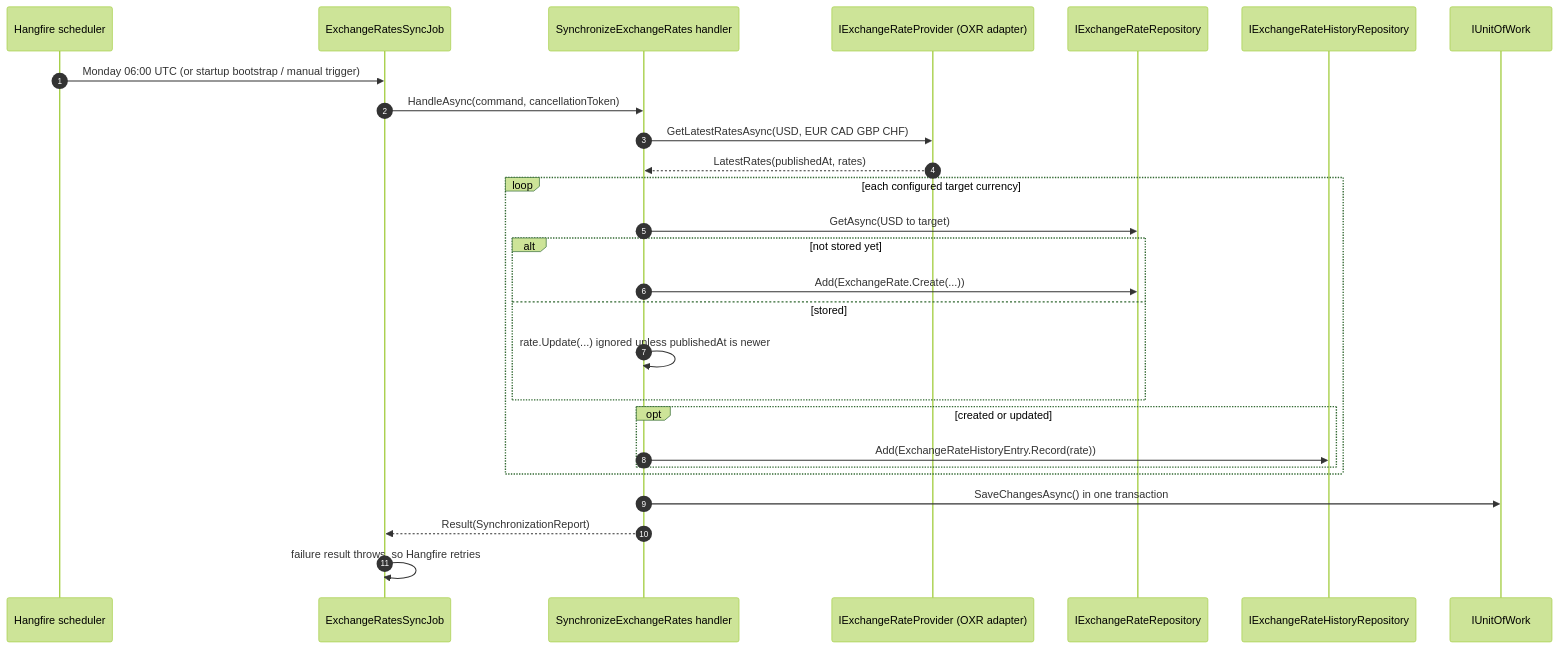
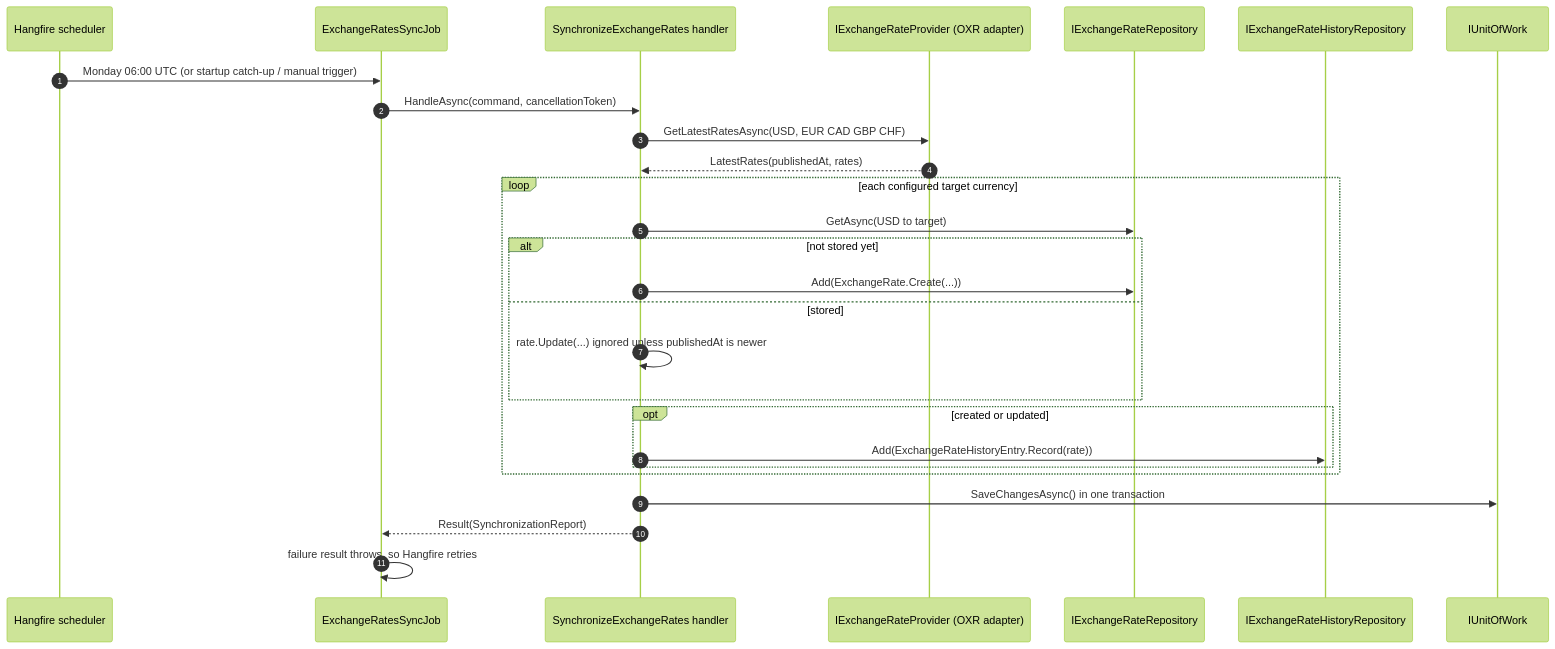
The second of 3 diagrams in docs/specs/2026-10-26-exchange-rates-catalog-design.md (RochaGabriele/software-engeneering-assessement), drawn with Mermaid (forest theme) before and after one commit. The commit also changed other lines of this file and 10 other files, not shown here.

````diff
--- a/docs/specs/2026-10-26-exchange-rates-catalog-design.md
+++ b/docs/specs/2026-10-26-exchange-rates-catalog-design.md
@@ -200,30 +200,30 @@
 ```mermaid
 sequenceDiagram
     autonumber
     participant HF as Hangfire scheduler
     participant Job as ExchangeRatesSyncJob
     participant H as SynchronizeExchangeRates handler
     participant P as IExchangeRateProvider (OXR adapter)
     participant R as IExchangeRateRepository
     participant L as IExchangeRateHistoryRepository
     participant U as IUnitOfWork
 
-    HF->>Job: Monday 06:00 UTC (or startup bootstrap / manual trigger)
+    HF->>Job: Monday 06:00 UTC (or startup catch-up / manual trigger)
     Job->>H: HandleAsync(command, cancellationToken)
     H->>P: GetLatestRatesAsync(USD, EUR CAD GBP CHF)
     P-->>H: LatestRates(publishedAt, rates)
     loop each configured target currency
         H->>R: GetAsync(USD to target)
         alt not stored yet
             H->>R: Add(ExchangeRate.Create(...))
         else stored
             H->>H: rate.Update(...) ignored unless publishedAt is newer
         end
         opt created or updated
             H->>L: Add(ExchangeRateHistoryEntry.Record(rate))
         end
     end
     H->>U: SaveChangesAsync() in one transaction
     H-->>Job: Result(SynchronizationReport)
     Job->>Job: failure result throws, so Hangfire retries
 ```
````
